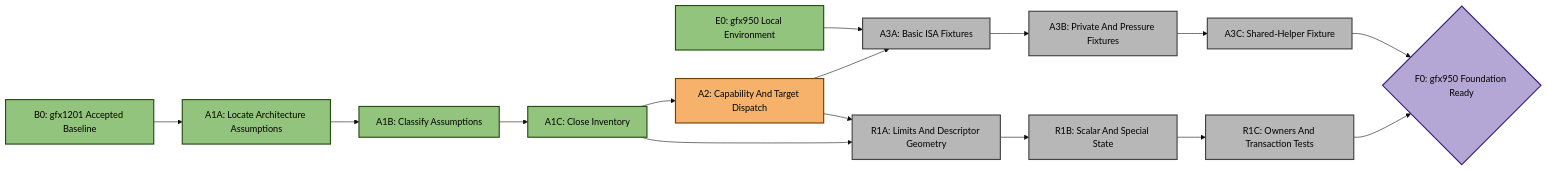
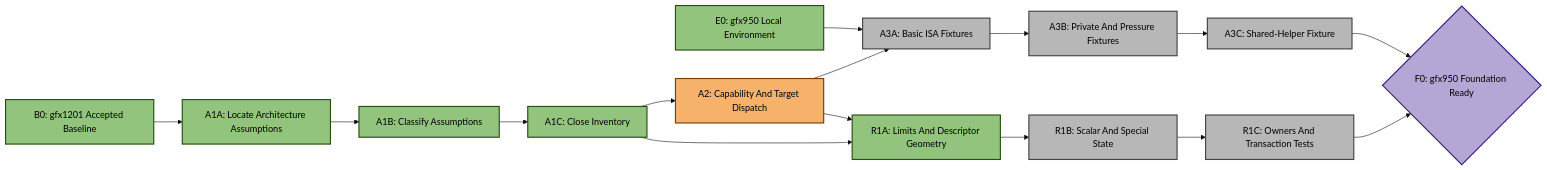
Before and after one commit to ROCm/rocm-systems: the first of 4 diagrams in emulation/rocjitsu/docs/consan/PLAN_GFX950.md, drawn with Mermaid (base theme). The commit also changed other lines of this file and 3 other files, not shown here.

Commit message:
rocjitsu: model gfx950 descriptor geometry

````diff
--- a/emulation/rocjitsu/docs/consan/PLAN_GFX950.md
+++ b/emulation/rocjitsu/docs/consan/PLAN_GFX950.md
@@ -103,33 +109,33 @@
 ```mermaid
 flowchart LR
   B0["B0: gfx1201 Accepted Baseline"]:::done
   E0["E0: gfx950 Local Environment"]:::done
   A1A["A1A: Locate Architecture Assumptions"]:::done
   A1B["A1B: Classify Assumptions"]:::done
   A1C["A1C: Close Inventory"]:::done
   A2["A2: Capability And Target Dispatch"]:::active
   A3A["A3A: Basic ISA Fixtures"]:::todo
   A3B["A3B: Private And Pressure Fixtures"]:::todo
   A3C["A3C: Shared-Helper Fixture"]:::todo
-  R1A["R1A: Limits And Descriptor Geometry"]:::todo
+  R1A["R1A: Limits And Descriptor Geometry"]:::done
   R1B["R1B: Scalar And Special State"]:::todo
   R1C["R1C: Owners And Transaction Tests"]:::todo
   F0{"F0: gfx950 Foundation Ready"}:::target
 
   B0 --> A1A
   E0 --> A3A
   A1A --> A1B --> A1C
   A1C --> A2
   A2 --> A3A
   A3A --> A3B --> A3C
   A1C --> R1A
   A2 --> R1A
   R1A --> R1B --> R1C
   A3C --> F0
   R1C --> F0
 
   classDef done fill:#93c47d,stroke:#274e13,stroke-width:2px,color:#000;
   classDef active fill:#f6b26b,stroke:#783f04,stroke-width:2px,color:#000;
   classDef todo fill:#b7b7b7,stroke:#434343,stroke-width:2px,color:#000;
   classDef target fill:#b4a7d6,stroke:#351c75,stroke-width:2px,color:#000;
 ```
````
